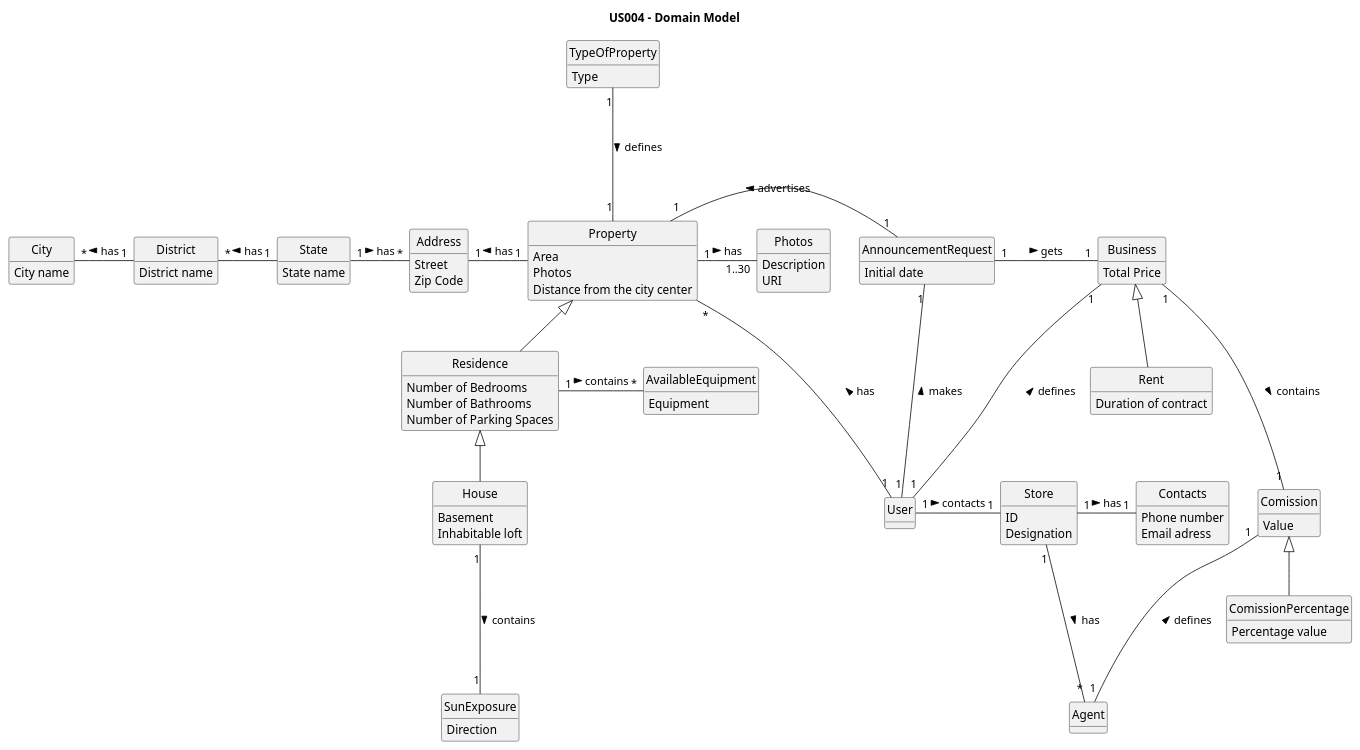
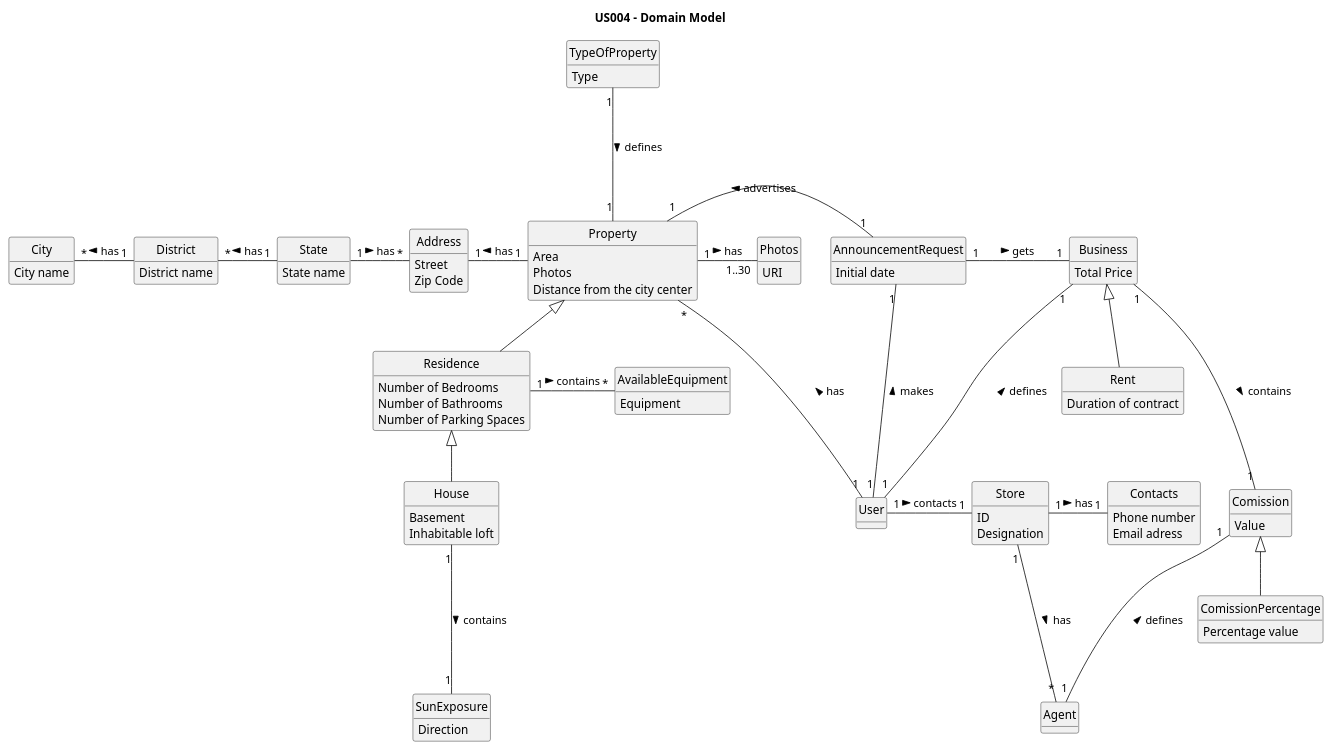
One commit to PureNimble/ISEP-LAPR2 changed the diagram in docs/sprintB/US04/02.analysis/puml/us04-domain-model.puml. Above: the diagram before and after it, drawn with PlantUML. The commit also changed 4 other files, not shown here.

```diff
--- a/docs/sprintB/US04/02.analysis/puml/us04-domain-model.puml
+++ b/docs/sprintB/US04/02.analysis/puml/us04-domain-model.puml
@@ -1,121 +1,120 @@
 @startuml
 
 title US004 - Domain Model
 
 skinparam groupInheritance 2
 skinparam monochrome true
 skinparam packageStyle rectangle
 skinparam shadowing false
 skinparam classAttributeIconSize 0
 hide circle
 hide methods
 
 class TypeOfProperty{
     Type
 }
 
 class City {
     City name
 }
 
 class District {
     District name
 }
 
 class Photos {
-    Description
     URI
 }
 
 class State {
     State name
 }
 
 class AvailableEquipment {
     Equipment
 }
 
 class ComissionPercentage {
     Percentage value
 }
 
 
 class Contacts {
     Phone number
     Email adress
 }
 
 class User {
 
 }
 
 class Rent {
     Duration of contract
 }
 
 class AnnouncementRequest {
     Initial date
 }
 
 class Business {
     Total Price
 }
 
 class Residence {
     Number of Bedrooms
     Number of Bathrooms
     Number of Parking Spaces
 }
 
 class Store {
     ID
     Designation
 }
 
 class Property {
     Area
     Photos
     Distance from the city center
 }
 
 class House {
     Basement
     Inhabitable loft
 }
 
 class SunExposure {
     Direction
 }
 
 class Address {
     Street
     Zip Code
 }
 
 class Comission {
     Value
 }
 
 Residence <|-- House
 Property <|-- Residence
 SunExposure "1" -up-- "1" House: contains <
 Address "1" -right-- "1" Property: has <
 User "1" -down-- "*" Property: has >
 User "1" -right- "1" Store: contacts >
 Agent "*" -left-- "1" Store: has <
 AvailableEquipment "*" -left-- "1" Residence: contains <
 User "1" -up-- "1" Business: defines >
 Store "1" -right-- "1" Contacts: has >
 Comission "1" -down-- "1" Agent: defines <
 Comission "1" -up-- "1" Business: contains <
 Comission <|-- ComissionPercentage
 Business <|-- Rent
 Property "1" -right-- "1..30" Photos: has >
 User "1" -left-- "1" AnnouncementRequest: makes >
 Business "1" -left-- "1" AnnouncementRequest: gets <
 AnnouncementRequest "1" -left-- "1" Property: advertises >
 TypeOfProperty "1" -down-- "1" Property: defines >
 State "1" -left-- "*" District: has >
 District "1" -left-- "*" City: has >
 Address "*" -left-- "1" State: has <
 @enduml
```
